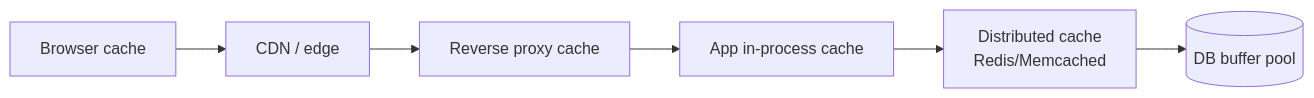
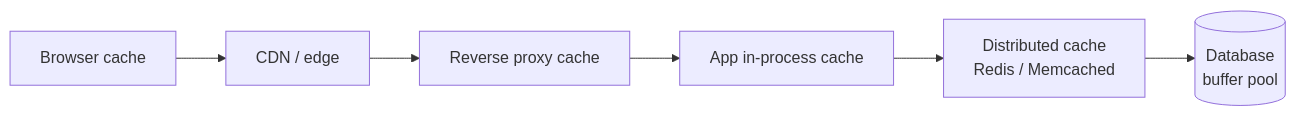
The first of 2 diagrams in design/3 System Design/Caching.md (hshtgbrendo/software-dev-prep), drawn with Mermaid before and after one commit. The commit also changed other lines of this file and 28 other files, not shown here.

````diff
--- a/design/3 System Design/Caching.md
+++ b/design/3 System Design/Caching.md
@@ -17,4 +32,4 @@
 ```mermaid
 flowchart LR
-  B[Browser cache] --> CDN[CDN / edge] --> LB[Reverse proxy cache] --> App[App in-process cache] --> D[Distributed cache<br/>Redis/Memcached] --> DB[(DB buffer pool)]
+  B[Browser cache] --> CDN[CDN / edge] --> RP[Reverse proxy cache] --> App[App in-process cache] --> D[Distributed cache<br/>Redis / Memcached] --> DB[(Database<br/>buffer pool)]
 ```
````
